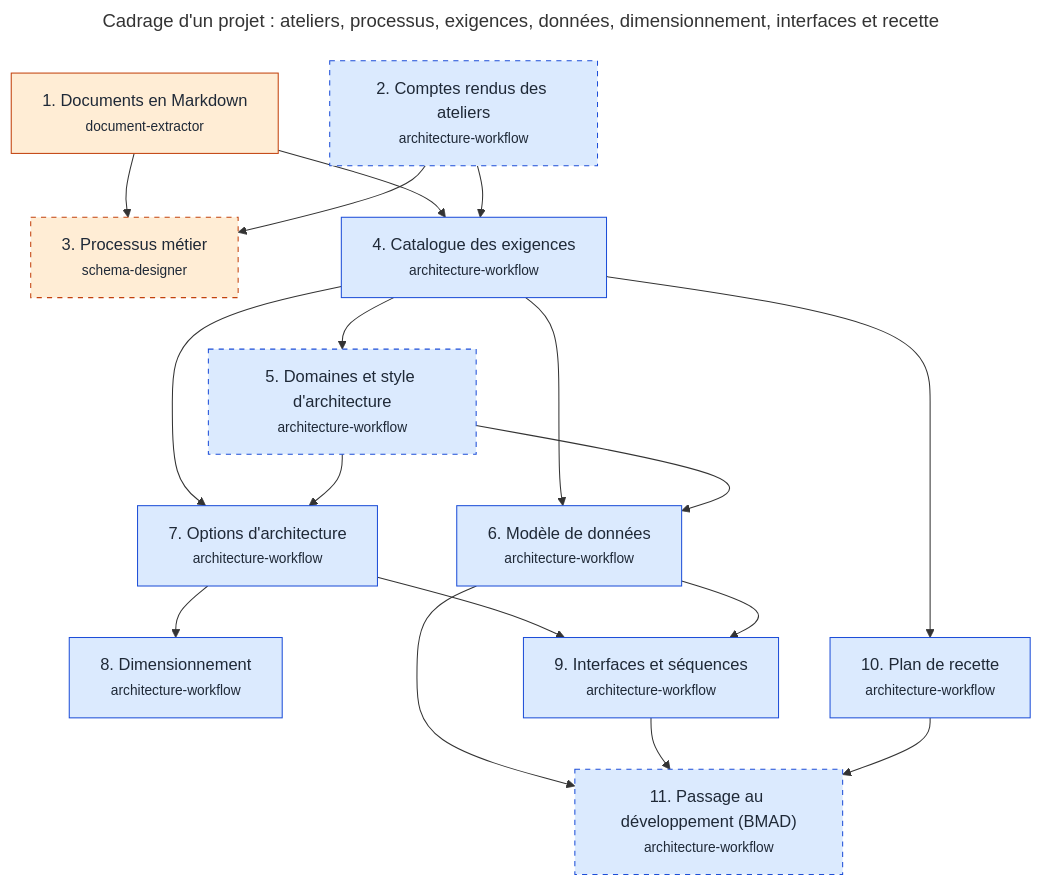
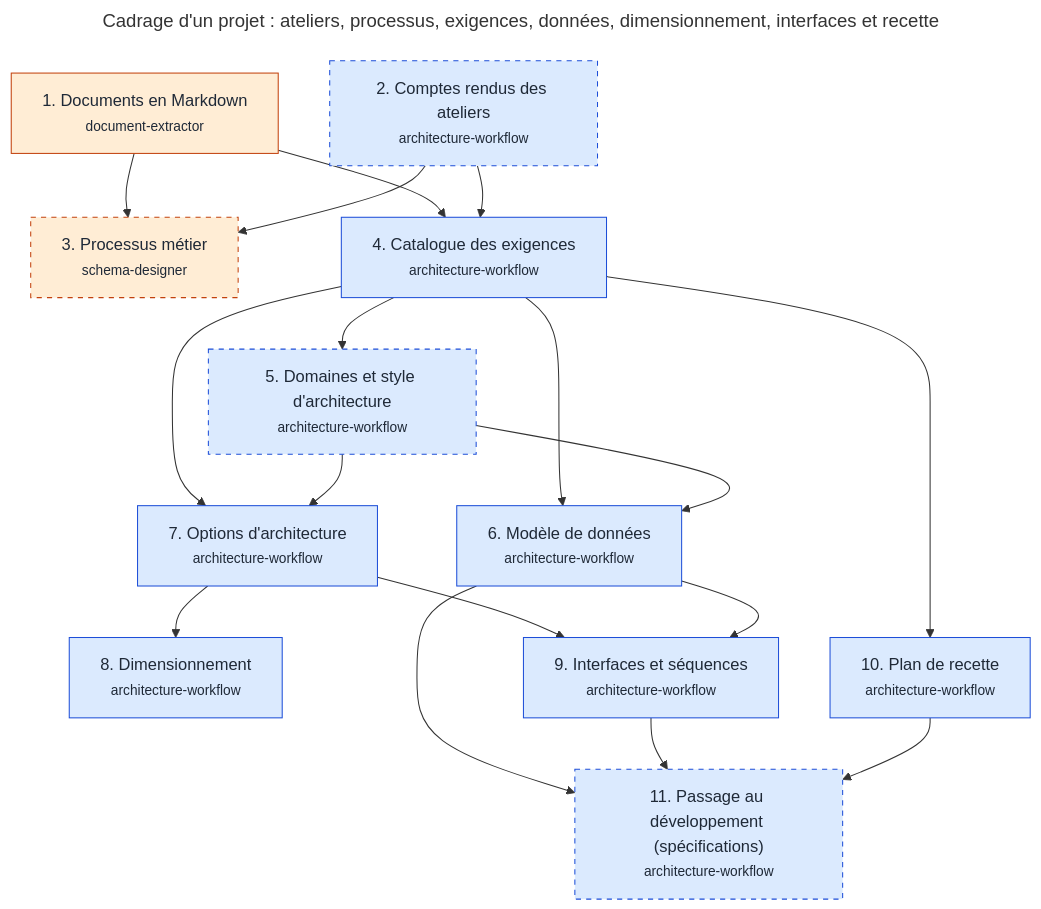
Before and after one commit to RenaudVanhille/myskills: the diagram in docs/workflows/cadrage.md, drawn with Mermaid. The commit also changed other lines of this file and 40 other files, not shown here.

First line of the commit message:
feat(spec-pack)!: dossier de spécifications autonome à la place de l'export BMAD (#116)

````diff
--- a/docs/workflows/cadrage.md
+++ b/docs/workflows/cadrage.md
@@ -17,39 +17,39 @@
 ```mermaid
 ---
 title: "Cadrage d'un projet : ateliers, processus, exigences, données, dimensionnement, interfaces et recette"
 ---
 flowchart TD
   s_documents["1. Documents en Markdown<br/><small>document-extractor</small>"]
   s_comptes_rendus["2. Comptes rendus des ateliers<br/><small>architecture-workflow</small>"]
   s_processus["3. Processus métier<br/><small>schema-designer</small>"]
   s_exigences["4. Catalogue des exigences<br/><small>architecture-workflow</small>"]
   s_domaines["5. Domaines et style d'architecture<br/><small>architecture-workflow</small>"]
   s_modele_donnees["6. Modèle de données<br/><small>architecture-workflow</small>"]
   s_architectures["7. Options d'architecture<br/><small>architecture-workflow</small>"]
   s_dimensionnement["8. Dimensionnement<br/><small>architecture-workflow</small>"]
   s_interfaces["9. Interfaces et séquences<br/><small>architecture-workflow</small>"]
   s_recette["10. Plan de recette<br/><small>architecture-workflow</small>"]
-  s_developpement["11. Passage au développement (BMAD)<br/><small>architecture-workflow</small>"]
+  s_developpement["11. Passage au développement (spécifications)<br/><small>architecture-workflow</small>"]
   s_documents --> s_processus
   s_comptes_rendus --> s_processus
   s_documents --> s_exigences
   s_comptes_rendus --> s_exigences
   s_exigences --> s_domaines
   s_exigences --> s_modele_donnees
   s_domaines --> s_modele_donnees
   s_exigences --> s_architectures
   s_domaines --> s_architectures
   s_architectures --> s_dimensionnement
   s_architectures --> s_interfaces
   s_modele_donnees --> s_interfaces
   s_exigences --> s_recette
   s_modele_donnees --> s_developpement
   s_interfaces --> s_developpement
   s_recette --> s_developpement
   classDef moteur fill:#dbeafe,stroke:#1d4ed8,color:#1f2937
   classDef agent fill:#ffedd5,stroke:#c2410c,color:#1f2937
   classDef facultative stroke-dasharray:5 5
   class s_comptes_rendus,s_exigences,s_domaines,s_modele_donnees,s_architectures,s_dimensionnement,s_interfaces,s_recette,s_developpement moteur
   class s_documents,s_processus agent
   class s_comptes_rendus,s_processus,s_domaines,s_developpement facultative
 ```
````
